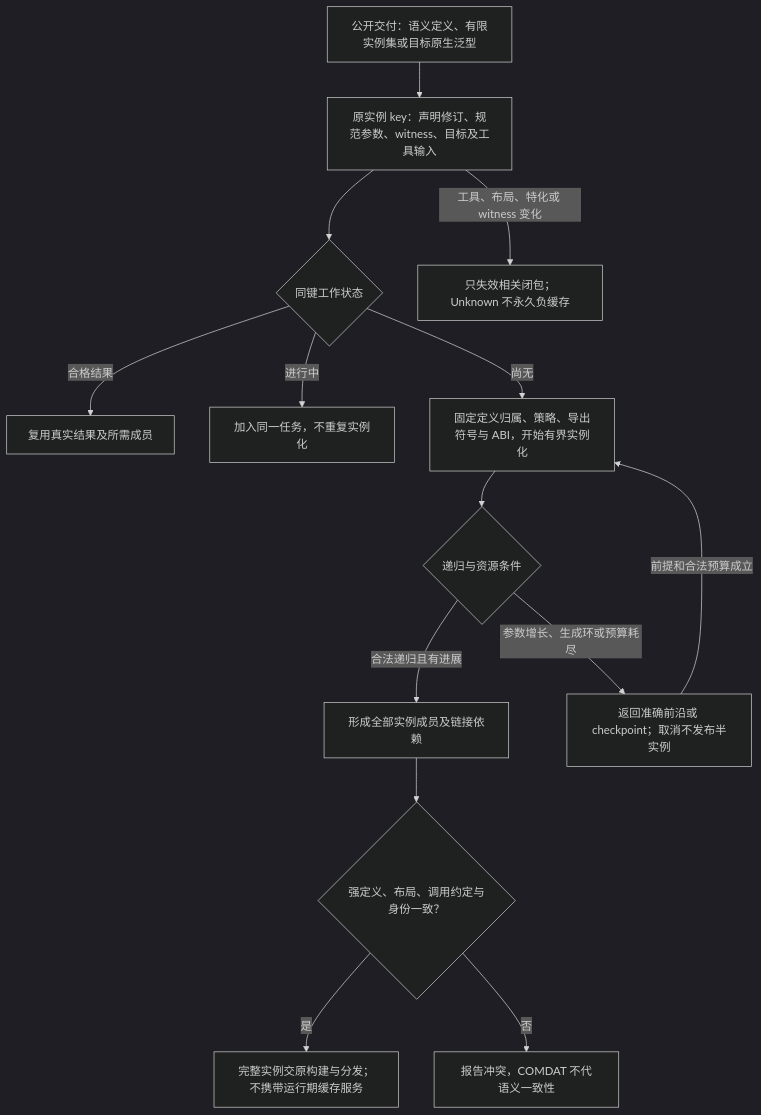
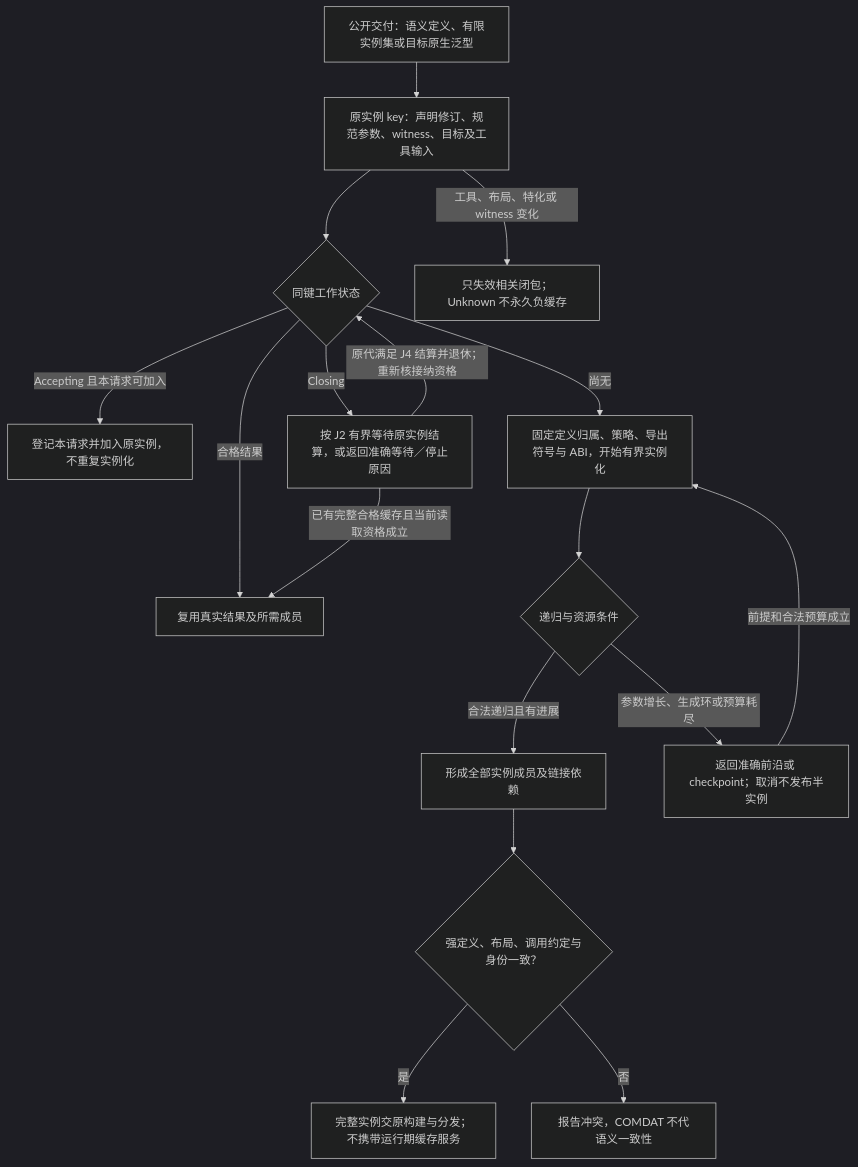
Before and after one commit to sec-platform/sec: the diagram in docs/编译/目标/泛型分发与实例归属.md, drawn with Mermaid (dark theme). The commit also changed other lines of this file and 122 other files, not shown here.

First line of the commit message:
docs: unify system diagrams and remove redundant design text (#882)

````diff
--- a/docs/编译/目标/泛型分发与实例归属.md
+++ b/docs/编译/目标/泛型分发与实例归属.md
@@ -27,16 +25,19 @@
 ```mermaid
 flowchart TD
   delivery["公开交付：语义定义、有限实例集或目标原生泛型"] --> key["原实例 key：声明修订、规范参数、witness、目标及工具输入"]
   key --> share{"同键工作状态"}
   share -->|合格结果| reuse["复用真实结果及所需成员"]
-  share -->|进行中| join["加入同一任务，不重复实例化"]
+  share -->|Accepting 且本请求可加入| join["登记本请求并加入原实例，不重复实例化"]
+  share -->|Closing| closing["按 J2 有界等待原实例结算，或返回准确等待／停止原因"]
+  closing -->|原代满足 J4 结算并退休；重新核接纳资格| share
+  closing -->|已有完整合格缓存且当前读取资格成立| reuse
   share -->|尚无| instantiate["固定定义归属、策略、导出符号与 ABI，开始有界实例化"]
   instantiate --> progress{"递归与资源条件"}
   progress -->|合法递归且有进展| build["形成全部实例成员及链接依赖"]
   progress -->|参数增长、生成环或预算耗尽| frontier["返回准确前沿或 checkpoint；取消不发布半实例"]
   build --> unique{"强定义、布局、调用约定与身份一致？"}
   unique -->|是| complete["完整实例交原构建与分发；不携带运行期缓存服务"]
   unique -->|否| conflict["报告冲突，COMDAT 不代语义一致性"]
   frontier -->|前提和合法预算成立| instantiate
   key -->|工具、布局、特化或 witness 变化| invalidate["只失效相关闭包；Unknown 不永久负缓存"]
 ```
````
